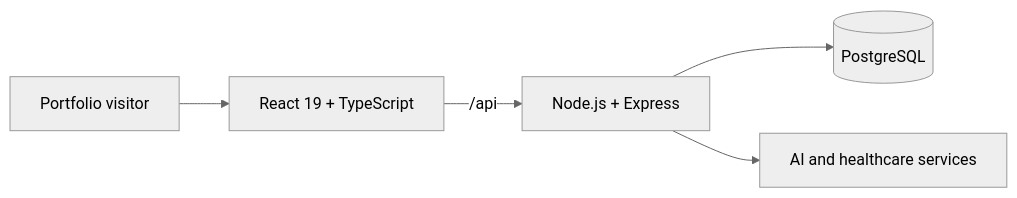
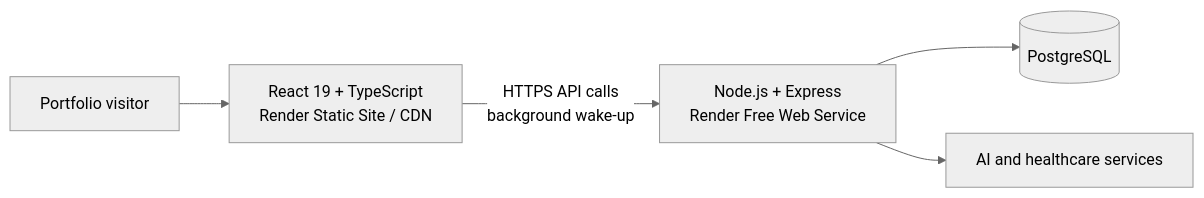
Before and after one commit to DKon109/AI-chatbot: the diagram in README.md, drawn with Mermaid (neutral theme). The commit also changed other lines of this file and 1 other file, not shown here.

Commit message:
Harden free demo availability

````diff
--- a/README.md
+++ b/README.md
@@ -27,7 +29,7 @@
 ```mermaid
 flowchart LR
-    U["Portfolio visitor"] --> W["React 19 + TypeScript"]
-    W -->|"/api"| A["Node.js + Express"]
+    U["Portfolio visitor"] --> W["React 19 + TypeScript<br/>Render Static Site / CDN"]
+    W -->|"HTTPS API calls<br/>background wake-up"| A["Node.js + Express<br/>Render Free Web Service"]
     A --> D[("PostgreSQL")]
     A --> S["AI and healthcare services"]
 ```
````
